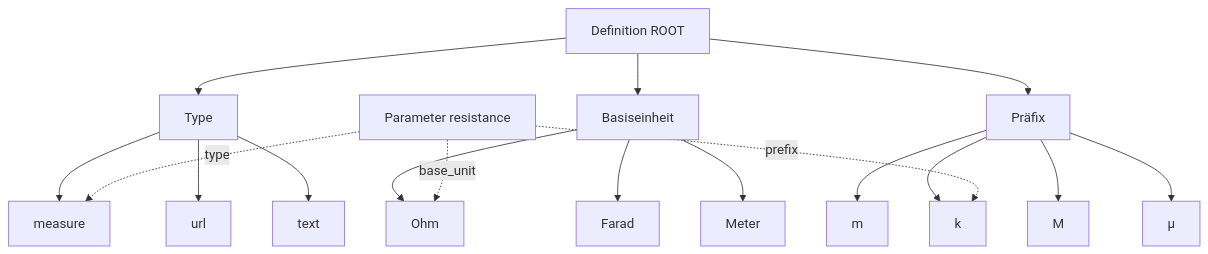
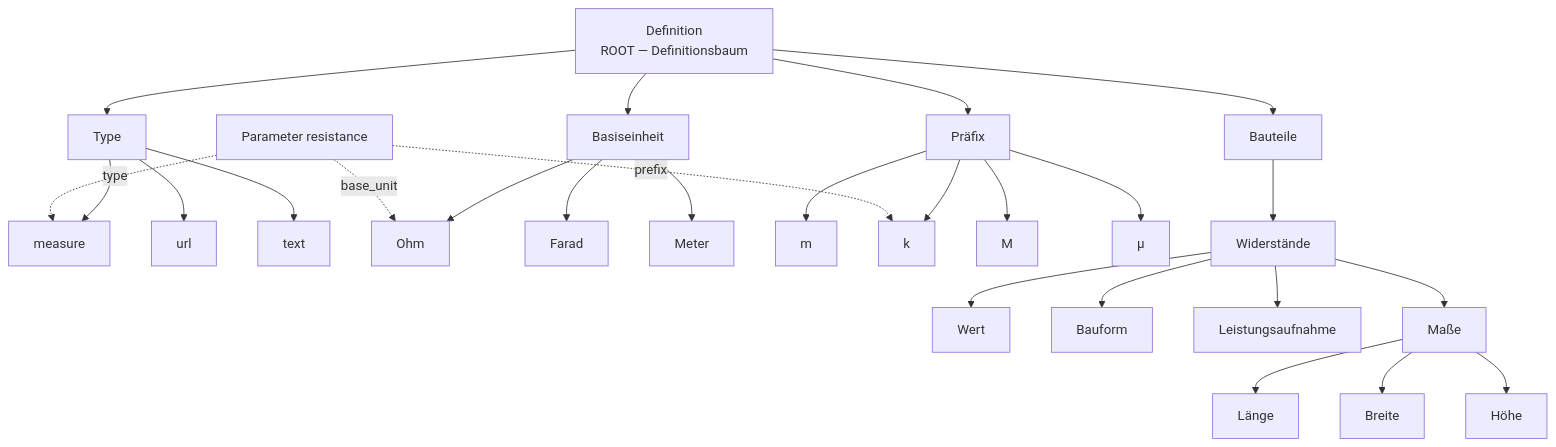
Before and after one commit to sfambach/wp-taxonomy-modeler: the fourth of 5 diagrams in docs/plans/data-structure.md, drawn with Mermaid. The commit also changed other lines of this file and 5 other files, not shown here.

First line of the commit message:
docs: merge Bauteile into single Definitionsbaum

````diff
--- a/docs/plans/data-structure.md
+++ b/docs/plans/data-structure.md
@@ -407,26 +408,36 @@
 ```mermaid
 flowchart TB
-  D["Definition ROOT"]
+  D["Definition<br/>ROOT — Definitionsbaum"]
 
   D --> T["Type"]
   D --> B["Basiseinheit"]
   D --> P["Präfix"]
+  D --> Bau["Bauteile"]
 
   T --> T1["measure"]
   T --> T2["url"]
   T --> T3["text"]
 
   B --> B1["Ohm"]
   B --> B2["Farad"]
   B --> B3["Meter"]
 
   P --> P1["m"]
   P --> P2["k"]
   P --> P3["M"]
   P --> P4["µ"]
 
+  Bau --> W["Widerstände"]
+  W --> V["Wert"]
+  W --> F["Bauform"]
+  W --> L["Leistungsaufnahme"]
+  W --> M["Maße"]
+  M --> GL["Länge"]
+  M --> GB["Breite"]
+  M --> GH["Höhe"]
+
   Param["Parameter resistance"]
   Param -.->|type| T1
   Param -.->|prefix| P2
   Param -.->|base_unit| B1
 ```
````
